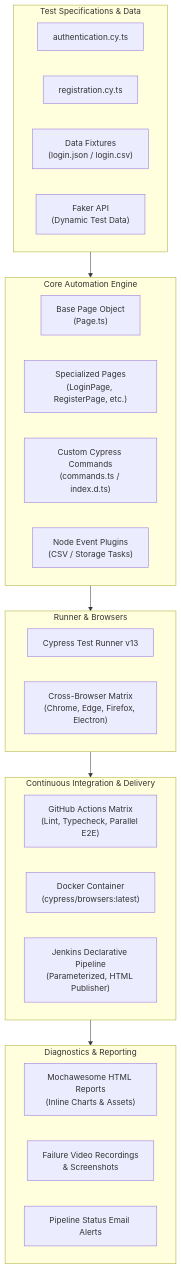
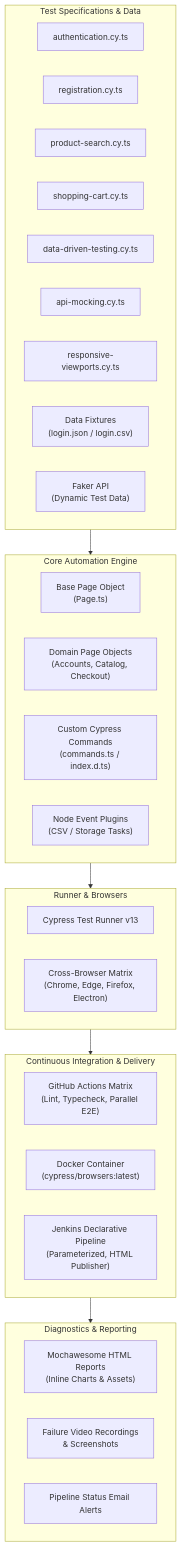
Before and after one commit to scriptcrux/auto-frameworks-Cypress-CI: the diagram in README.md, drawn with Mermaid. The commit also changed other lines of this file and 11 other files, not shown here.

````diff
--- a/README.md
+++ b/README.md
@@ -36,38 +37,43 @@
 ```mermaid
 flowchart TD
     subgraph Test_Layer [Test Specifications & Data]
         SpecAuth["authentication.cy.ts"]
         SpecReg["registration.cy.ts"]
+        SpecSearch["product-search.cy.ts"]
+        SpecCart["shopping-cart.cy.ts"]
+        SpecDDT["data-driven-testing.cy.ts"]
+        SpecAPI["api-mocking.cy.ts"]
+        SpecViewport["responsive-viewports.cy.ts"]
         Fixtures["Data Fixtures<br/>(login.json / login.csv)"]
         Faker["Faker API<br/>(Dynamic Test Data)"]
     end
 
     subgraph Core_Abstractions [Core Automation Engine]
         BasePage["Base Page Object<br/>(Page.ts)"]
-        POM["Specialized Pages<br/>(LoginPage, RegisterPage, etc.)"]
+        POM["Domain Page Objects<br/>(Accounts, Catalog, Checkout)"]
         Commands["Custom Cypress Commands<br/>(commands.ts / index.d.ts)"]
         NodeTasks["Node Event Plugins<br/>(CSV / Storage Tasks)"]
     end
 
     subgraph Execution_Engine [Runner & Browsers]
         CypressRunner["Cypress Test Runner v13"]
         Browsers["Cross-Browser Matrix<br/>(Chrome, Edge, Firefox, Electron)"]
     end
 
     subgraph CI_CD_Pipelines [Continuous Integration & Delivery]
         GHA["GitHub Actions Matrix<br/>(Lint, Typecheck, Parallel E2E)"]
         DockerCI["Docker Container<br/>(cypress/browsers:latest)"]
         Jenkins["Jenkins Declarative Pipeline<br/>(Parameterized, HTML Publisher)"]
     end
 
     subgraph Reporting_Artifacts [Diagnostics & Reporting]
         Mochawesome["Mochawesome HTML Reports<br/>(Inline Charts & Assets)"]
         MediaArtifacts["Failure Video Recordings<br/>& Screenshots"]
         EmailAlerts["Pipeline Status Email Alerts"]
     end
 
     Test_Layer --> Core_Abstractions
     Core_Abstractions --> Execution_Engine
     Execution_Engine --> CI_CD_Pipelines
     CI_CD_Pipelines --> Reporting_Artifacts
 ```
````
